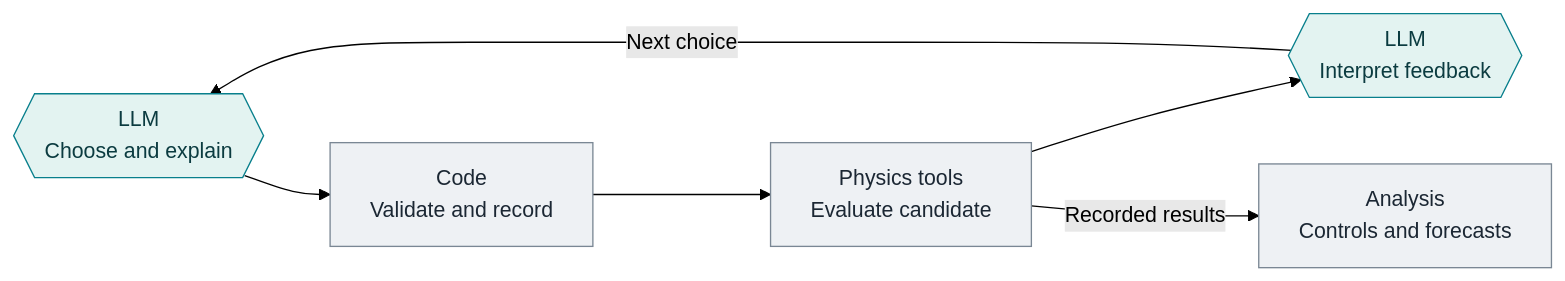
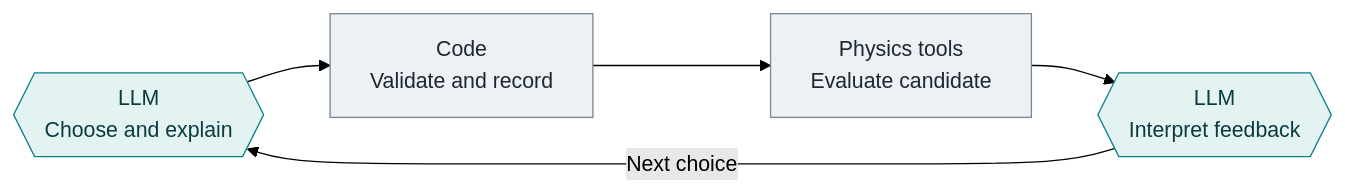
One commit to DavideTisi/interphAIse changed the first of 2 diagrams in README.md. Above: the diagram before and after it, drawn with Mermaid (forest theme). The commit also changed other lines of this file and 1 other file, not shown here.

Commit message:
Keep the README loop within the GitHub diagram viewport

````diff
--- a/README.md
+++ b/README.md
@@ -28,17 +28,15 @@
 ```mermaid
 flowchart LR
     L{{"LLM<br/>Choose and explain"}}
     V["Code<br/>Validate and record"]
     E["Physics tools<br/>Evaluate candidate"]
     F{{"LLM<br/>Interpret feedback"}}
-    A["Analysis<br/>Controls and forecasts"]
 
     L --> V --> E --> F
     F -- "Next choice" --> L
-    E -- "Recorded results" --> A
 
     classDef llm fill:#e3f3f1,stroke:#087f8c,color:#0b3b40
     classDef tools fill:#eef1f4,stroke:#7a8794,color:#1b2733
     class L,F llm
-    class V,E,A tools
+    class V,E tools
 ```
````
